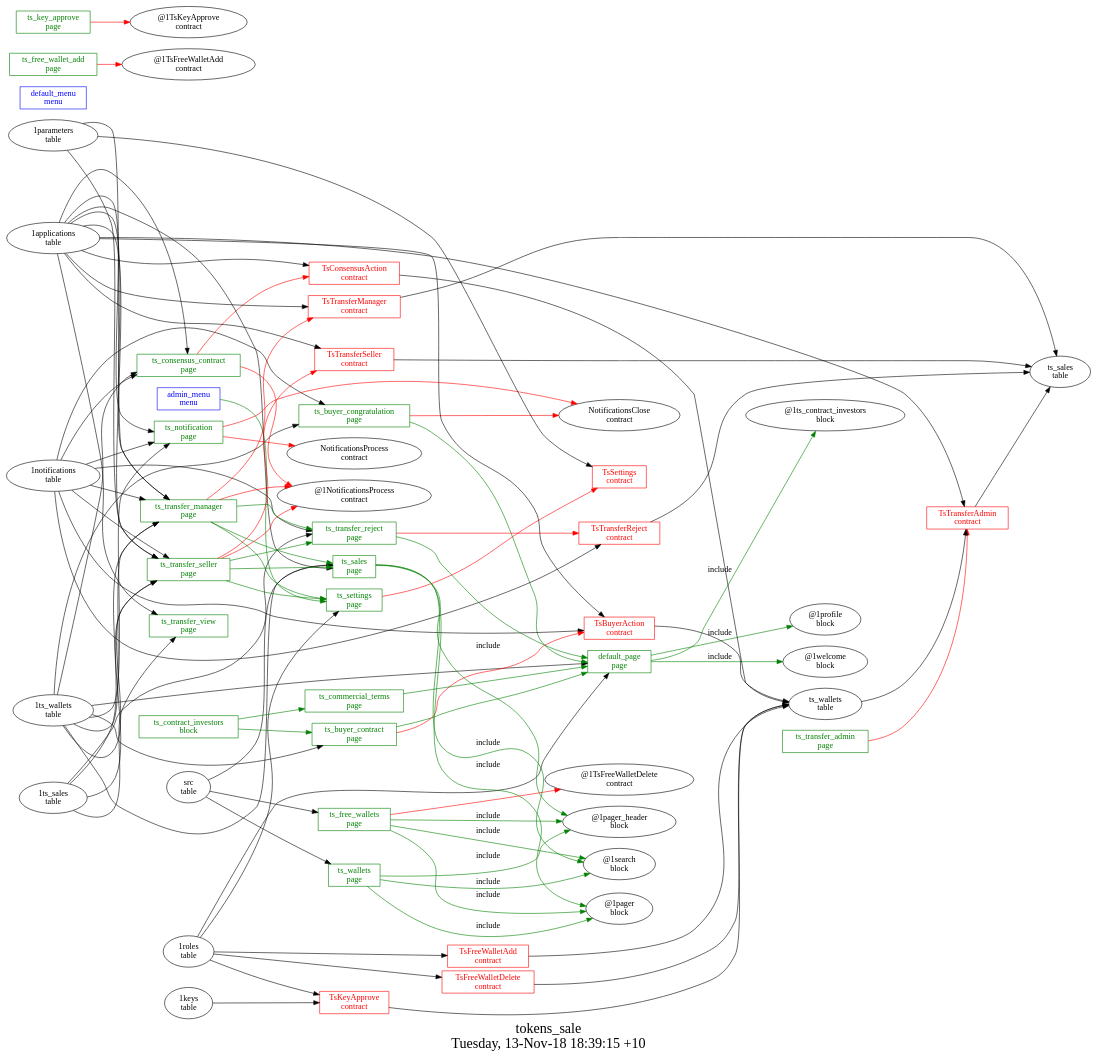
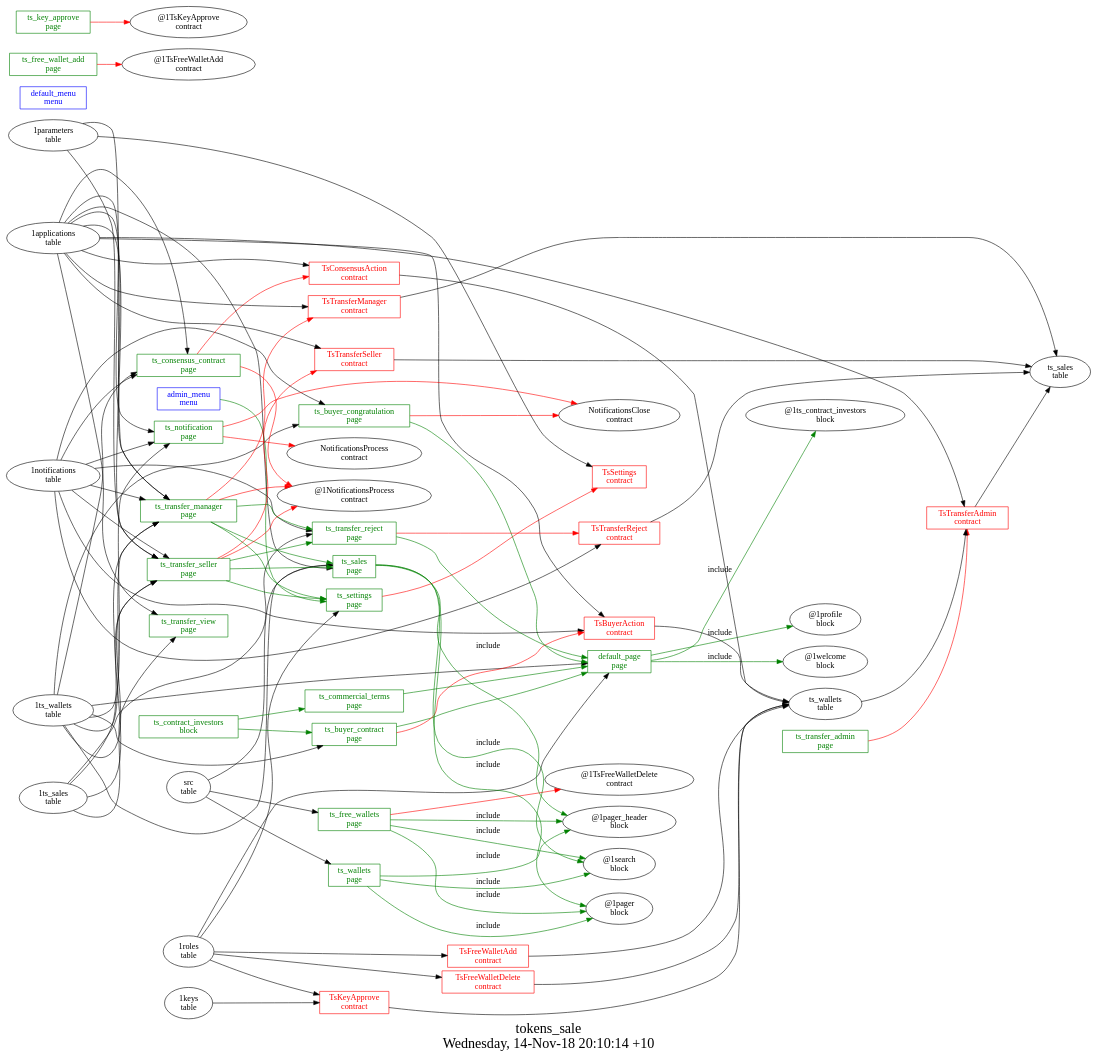
One commit to AplaProject/apps changed the diagram in other/tokens_sale/struct.dot. Above: the diagram before and after it, drawn with Graphviz. The commit also changed 3 other files, not shown here.

```diff
--- a/other/tokens_sale/struct.dot
+++ b/other/tokens_sale/struct.dot
@@ -1,134 +1,134 @@
 digraph G {
 fontsize="24";
-label="tokens_sale\nTuesday, 13-Nov-18 18:39:15 +10";
+label="tokens_sale\nWednesday, 14-Nov-18 20:10:14 +10";
 nojustify=true;
 ordering=out;
 rankdir=LR;
 size="30";
 "admin_menu\nmenu" -> "ts_settings\npage"  [ color=green ]
 "admin_menu\nmenu" [color=blue, fontcolor=blue, group=menus, shape=record];
 "default_menu\nmenu" [color=blue, fontcolor=blue, group=menus, shape=record];
 "1ts_wallets\ntable" -> "default_page\npage"
 "1roles\ntable" -> "default_page\npage"
 "default_page\npage" -> "@1ts_contract_investors\nblock"  [ color=green, label=include ]
 "default_page\npage" -> "@1profile\nblock"  [ color=green, label=include ]
 "default_page\npage" -> "@1welcome\nblock"  [ color=green, label=include ]
 "default_page\npage" [color=green, fontcolor=green, group=pages, shape=record];
 "ts_buyer_congratulation\npage" -> "NotificationsClose\ncontract"  [ color=red ]
 "1ts_wallets\ntable" -> "ts_buyer_congratulation\npage"
 "1notifications\ntable" -> "ts_buyer_congratulation\npage"
 "ts_buyer_congratulation\npage" -> "default_page\npage"  [ color=green ]
 "ts_buyer_congratulation\npage" [color=green, fontcolor=green, group=pages, shape=record];
 "ts_buyer_contract\npage" -> "TsBuyerAction\ncontract"  [ color=red ]
 "1ts_wallets\ntable" -> "ts_buyer_contract\npage"
 "ts_buyer_contract\npage" -> "default_page\npage"  [ color=green ]
 "ts_buyer_contract\npage" [color=green, fontcolor=green, group=pages, shape=record];
 "ts_commercial_terms\npage" -> "default_page\npage"  [ color=green ]
 "ts_commercial_terms\npage" [color=green, fontcolor=green, group=pages, shape=record];
 "ts_consensus_contract\npage" -> "TsConsensusAction\ncontract"  [ color=red ]
 "ts_consensus_contract\npage" -> "@1NotificationsProcess\ncontract"  [ color=red ]
 "1applications\ntable" -> "ts_consensus_contract\npage"
 "1notifications\ntable" -> "ts_consensus_contract\npage"
 "1ts_wallets\ntable" -> "ts_consensus_contract\npage"
 "ts_consensus_contract\npage" [color=green, fontcolor=green, group=pages, shape=record];
 "ts_free_wallet_add\npage" -> "@1TsFreeWalletAdd\ncontract"  [ color=red ]
 "ts_free_wallet_add\npage" [color=green, fontcolor=green, group=pages, shape=record];
 "ts_free_wallets\npage" -> "@1TsFreeWalletDelete\ncontract"  [ color=red ]
 "src\ntable" -> "ts_free_wallets\npage"
 "ts_free_wallets\npage" -> "@1pager_header\nblock"  [ color=green, label=include ]
 "ts_free_wallets\npage" -> "@1search\nblock"  [ color=green, label=include ]
 "ts_free_wallets\npage" -> "@1pager\nblock"  [ color=green, label=include ]
 "ts_free_wallets\npage" [color=green, fontcolor=green, group=pages, shape=record];
 "ts_key_approve\npage" -> "@1TsKeyApprove\ncontract"  [ color=red ]
 "ts_key_approve\npage" [color=green, fontcolor=green, group=pages, shape=record];
 "ts_notification\npage" -> "NotificationsClose\ncontract"  [ color=red ]
 "ts_notification\npage" -> "NotificationsProcess\ncontract"  [ color=red ]
 "1applications\ntable" -> "ts_notification\npage"
 "1notifications\ntable" -> "ts_notification\npage"
 "1ts_wallets\ntable" -> "ts_notification\npage"
 "ts_notification\npage" [color=green, fontcolor=green, group=pages, shape=record];
 "1applications\ntable" -> "ts_sales\npage"
 "src\ntable" -> "ts_sales\npage"
 "1ts_wallets\ntable" -> "ts_sales\npage"
 "ts_sales\npage" -> "@1pager_header\nblock"  [ color=green, label=include ]
 "ts_sales\npage" -> "@1search\nblock"  [ color=green, label=include ]
 "ts_sales\npage" -> "@1pager\nblock"  [ color=green, label=include ]
 "ts_sales\npage" [color=green, fontcolor=green, group=pages, shape=record];
 "ts_settings\npage" -> "TsSettings\ncontract"  [ color=red ]
 "1roles\ntable" -> "ts_settings\npage"
 "ts_settings\npage" [color=green, fontcolor=green, group=pages, shape=record];
 "ts_transfer_admin\npage" -> "TsTransferAdmin\ncontract"  [ color=red ]
 "ts_transfer_admin\npage" [color=green, fontcolor=green, group=pages, shape=record];
 "ts_transfer_manager\npage" -> "TsTransferManager\ncontract"  [ color=red ]
 "ts_transfer_manager\npage" -> "@1NotificationsProcess\ncontract"  [ color=red ]
 "1applications\ntable" -> "ts_transfer_manager\npage"
 "1notifications\ntable" -> "ts_transfer_manager\npage"
 "1ts_sales\ntable" -> "ts_transfer_manager\npage"
 "1ts_wallets\ntable" -> "ts_transfer_manager\npage"
 "1parameters\ntable" -> "ts_transfer_manager\npage"
 "ts_transfer_manager\npage" -> "ts_transfer_reject\npage"  [ color=green ]
 "ts_transfer_manager\npage" -> "ts_sales\npage"  [ color=green ]
 "ts_transfer_manager\npage" -> "ts_settings\npage"  [ color=green ]
 "ts_transfer_manager\npage" [color=green, fontcolor=green, group=pages, shape=record];
 "ts_transfer_reject\npage" -> "TsTransferReject\ncontract"  [ color=red ]
 "1notifications\ntable" -> "ts_transfer_reject\npage"
 "1ts_sales\ntable" -> "ts_transfer_reject\npage"
 "ts_transfer_reject\npage" -> "default_page\npage"  [ color=green ]
 "ts_transfer_reject\npage" [color=green, fontcolor=green, group=pages, shape=record];
 "ts_transfer_seller\npage" -> "TsTransferSeller\ncontract"  [ color=red ]
 "ts_transfer_seller\npage" -> "@1NotificationsProcess\ncontract"  [ color=red ]
 "1applications\ntable" -> "ts_transfer_seller\npage"
 "1notifications\ntable" -> "ts_transfer_seller\npage"
 "1ts_sales\ntable" -> "ts_transfer_seller\npage"
 "1ts_wallets\ntable" -> "ts_transfer_seller\npage"
 "1parameters\ntable" -> "ts_transfer_seller\npage"
 "ts_transfer_seller\npage" -> "ts_transfer_reject\npage"  [ color=green ]
 "ts_transfer_seller\npage" -> "ts_sales\npage"  [ color=green ]
 "ts_transfer_seller\npage" -> "ts_settings\npage"  [ color=green ]
 "ts_transfer_seller\npage" [color=green, fontcolor=green, group=pages, shape=record];
 "1applications\ntable" -> "ts_transfer_view\npage"
 "1ts_sales\ntable" -> "ts_transfer_view\npage"
 "ts_transfer_view\npage" [color=green, fontcolor=green, group=pages, shape=record];
 "src\ntable" -> "ts_wallets\npage"
 "ts_wallets\npage" -> "@1pager_header\nblock"  [ color=green, label=include ]
 "ts_wallets\npage" -> "@1search\nblock"  [ color=green, label=include ]
 "ts_wallets\npage" -> "@1pager\nblock"  [ color=green, label=include ]
 "ts_wallets\npage" [color=green, fontcolor=green, group=pages, shape=record];
 "ts_contract_investors\nblock" -> "ts_commercial_terms\npage"  [ color=green ]
 "ts_contract_investors\nblock" -> "ts_buyer_contract\npage"  [ color=green ]
 "ts_contract_investors\nblock" [color=green, fontcolor=green, group=blocks, shape=record];
 "TsBuyerAction\ncontract" -> "ts_wallets\ntable"  [ color="" ]
 "1applications\ntable" -> "TsBuyerAction\ncontract"
 "1notifications\ntable" -> "TsBuyerAction\ncontract"
 "TsBuyerAction\ncontract" [color=red, fontcolor=red, group=contracts, shape=record];
 "TsConsensusAction\ncontract" -> "ts_wallets\ntable"  [ color="" ]
 "1applications\ntable" -> "TsConsensusAction\ncontract"
 "TsConsensusAction\ncontract" [color=red, fontcolor=red, group=contracts, shape=record];
 "TsFreeWalletAdd\ncontract" -> "ts_wallets\ntable"  [ color="" ]
 "1roles\ntable" -> "TsFreeWalletAdd\ncontract"
 "TsFreeWalletAdd\ncontract" [color=red, fontcolor=red, group=contracts, shape=record];
 "TsFreeWalletDelete\ncontract" -> "ts_wallets\ntable"  [ color="" ]
 "1roles\ntable" -> "TsFreeWalletDelete\ncontract"
 "TsFreeWalletDelete\ncontract" [color=red, fontcolor=red, group=contracts, shape=record];
 "TsKeyApprove\ncontract" -> "ts_wallets\ntable"  [ color="" ]
 "1keys\ntable" -> "TsKeyApprove\ncontract"
 "1roles\ntable" -> "TsKeyApprove\ncontract"
 "TsKeyApprove\ncontract" [color=red, fontcolor=red, group=contracts, shape=record];
 "1parameters\ntable" -> "TsSettings\ncontract"
 "TsSettings\ncontract" [color=red, fontcolor=red, group=contracts, shape=record];
 "TsTransferAdmin\ncontract" -> "ts_sales\ntable"  [ color="" ]
 "1applications\ntable" -> "TsTransferAdmin\ncontract"
 "ts_wallets\ntable" -> "TsTransferAdmin\ncontract"
 "TsTransferAdmin\ncontract" [color=red, fontcolor=red, group=contracts, shape=record];
 "TsTransferManager\ncontract" -> "ts_sales\ntable"  [ color="" ]
 "1applications\ntable" -> "TsTransferManager\ncontract"
 "TsTransferManager\ncontract" [color=red, fontcolor=red, group=contracts, shape=record];
 "TsTransferReject\ncontract" -> "ts_sales\ntable"  [ color="" ]
 "1notifications\ntable" -> "TsTransferReject\ncontract"
 "TsTransferReject\ncontract" [color=red, fontcolor=red, group=contracts, shape=record];
 "TsTransferSeller\ncontract" -> "ts_sales\ntable"  [ color="" ]
 "1applications\ntable" -> "TsTransferSeller\ncontract"
 "TsTransferSeller\ncontract" [color=red, fontcolor=red, group=contracts, shape=record];
 "ts_sales\ntable" [color="", fontcolor="", group=tables, shape=""];
 "ts_wallets\ntable" [color="", fontcolor="", group=tables, shape=""];
 }
```
